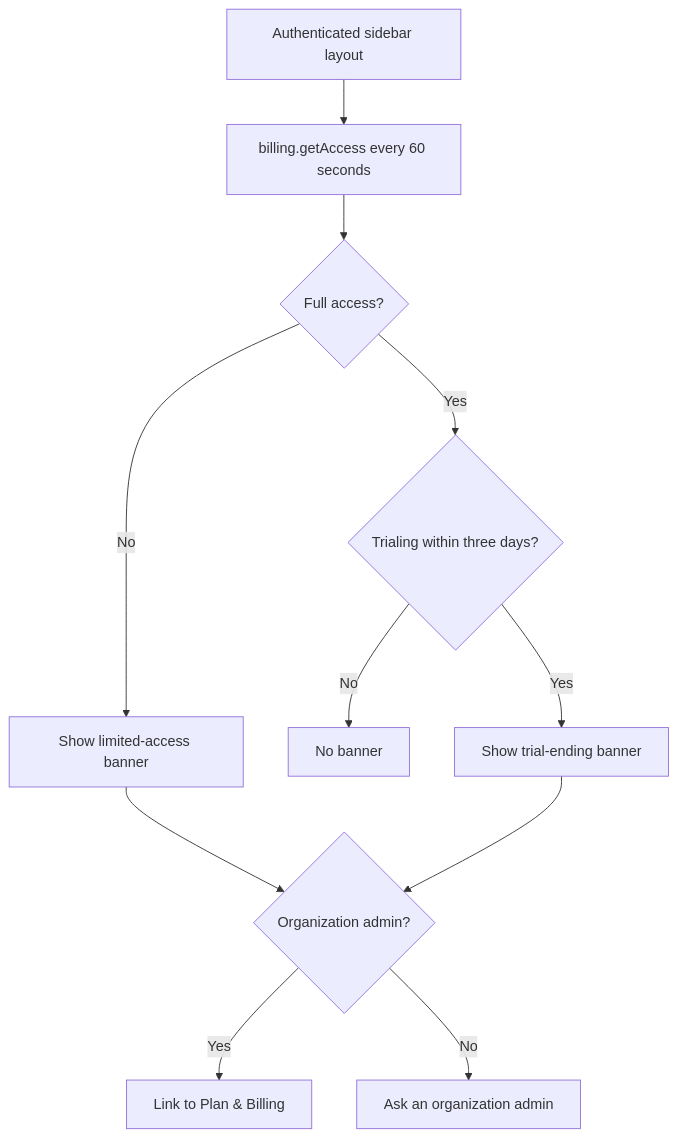
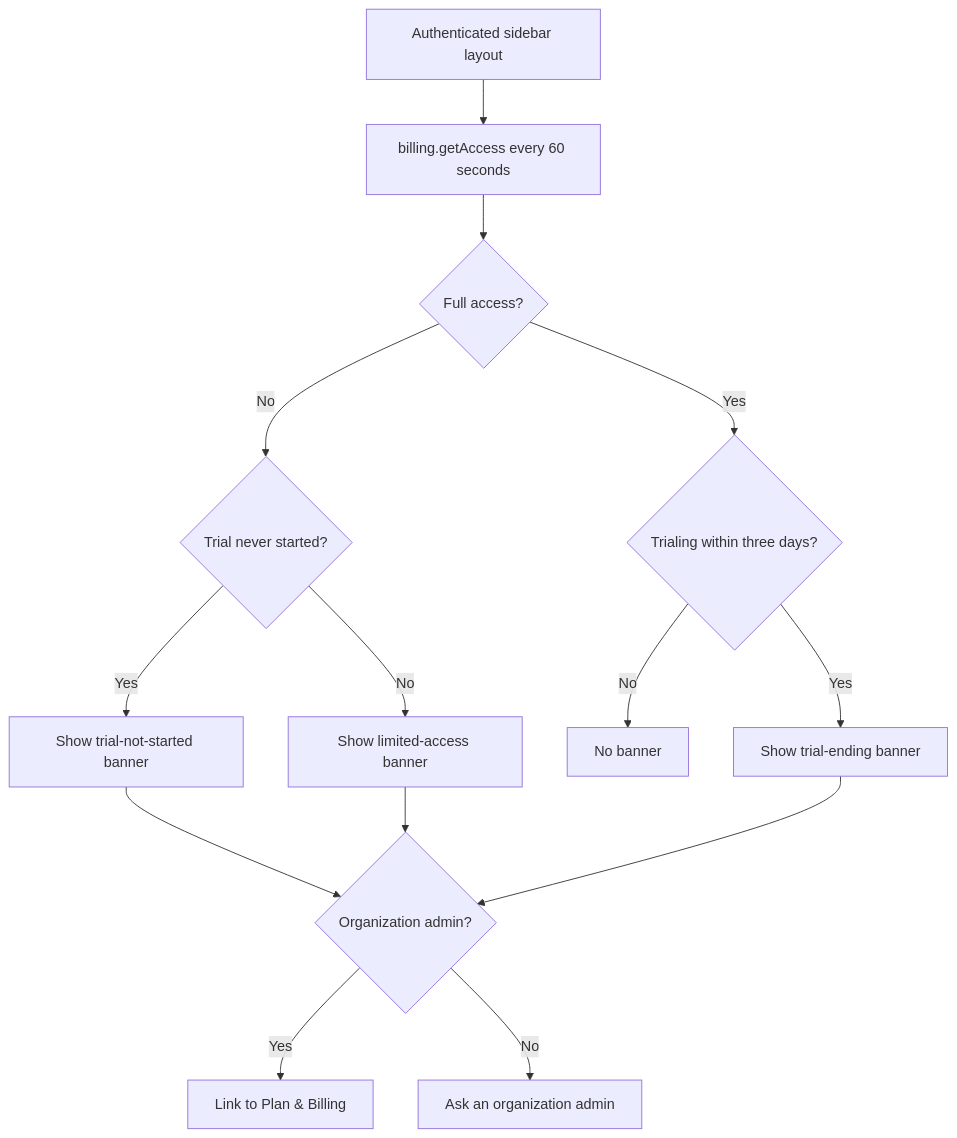
Diagram 14 of 14 in apps/backend/docs/cloud-billing-stripe.md (getnao/nao), drawn with Mermaid before and after one commit. The commit also changed other lines of this file and 27 other files, not shown here.

````diff
--- a/apps/backend/docs/cloud-billing-stripe.md
+++ b/apps/backend/docs/cloud-billing-stripe.md
@@ -697,23 +770,28 @@
 ```mermaid
 flowchart TD
     Layout["Authenticated sidebar layout"]
     Query["billing.getAccess every 60 seconds"]
     Access{"Full access?"}
     Trial{"Trialing within three days?"}
+    TrialAvailable{"Trial never started?"}
     Hidden["No banner"]
     TrialBanner["Show trial-ending banner"]
+    TrialAvailableBanner["Show trial-not-started banner"]
     RestrictedBanner["Show limited-access banner"]
     Admin{"Organization admin?"}
     Manage["Link to Plan & Billing"]
     Contact["Ask an organization admin"]
 
     Layout --> Query --> Access
-    Access -->|No| RestrictedBanner
+    Access -->|No| TrialAvailable
+    TrialAvailable -->|Yes| TrialAvailableBanner
+    TrialAvailable -->|No| RestrictedBanner
     Access -->|Yes| Trial
     Trial -->|No| Hidden
     Trial -->|Yes| TrialBanner
+    TrialAvailableBanner --> Admin
     RestrictedBanner --> Admin
     TrialBanner --> Admin
     Admin -->|Yes| Manage
     Admin -->|No| Contact
 ```
````
